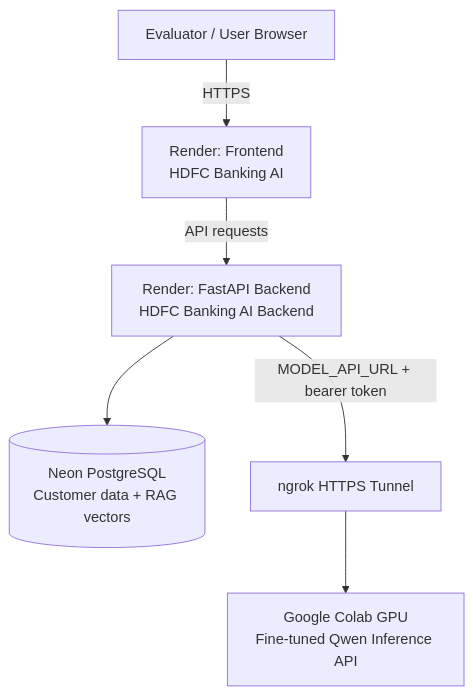
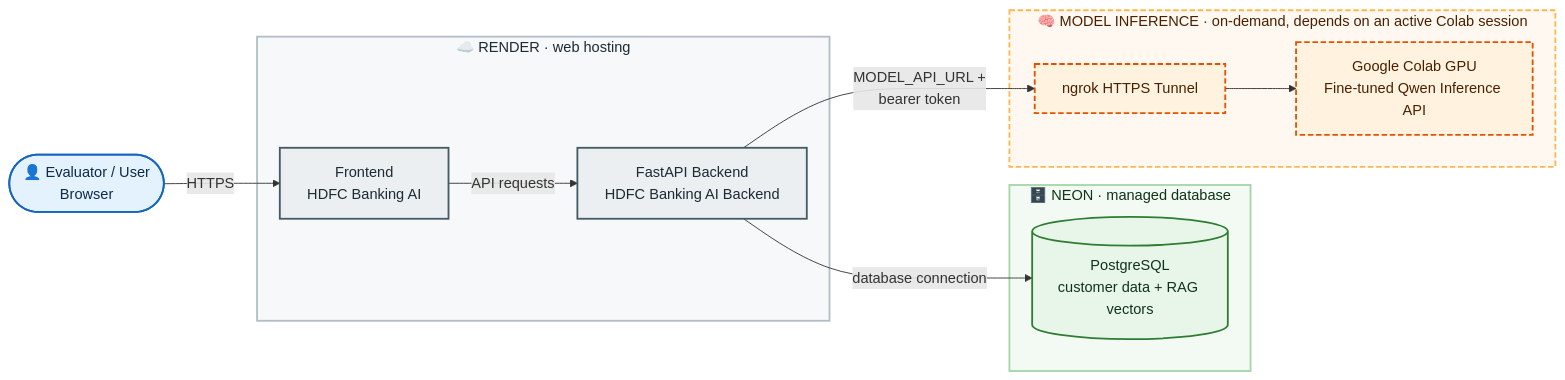
The fourth of 4 diagrams in README.md (preethipalanisamy12-source/hdfc-banking-ai), drawn with Mermaid before and after one commit. The commit also changed other lines of this file, not shown here.

Commit message:
Arch diagram changes

````diff
--- a/README.md
+++ b/README.md
@@ -175,14 +328,36 @@
 ```mermaid
-flowchart TB
-    USER[Evaluator / User Browser]
-    FE[Render: Frontend<br/>HDFC Banking AI]
-    BE[Render: FastAPI Backend<br/>HDFC Banking AI Backend]
-    DB[(Neon PostgreSQL<br/>Customer data + RAG vectors)]
-    NG[ngrok HTTPS Tunnel]
-    COLAB[Google Colab GPU<br/>Fine-tuned Qwen Inference API]
-    USER -->|HTTPS| FE
-    FE -->|API requests| BE
-    BE --> DB
-    BE -->|MODEL_API_URL + bearer token| NG
+flowchart LR
+    USER(["👤 Evaluator / User<br/>Browser"])
+
+    subgraph RENDER["☁️ RENDER · web hosting"]
+        FE["Frontend<br/>HDFC Banking AI"]
+        BE["FastAPI Backend<br/>HDFC Banking AI Backend"]
+    end
+
+    subgraph NEON["🗄️ NEON · managed database"]
+        DB[("PostgreSQL<br/>customer data + RAG vectors")]
+    end
+
+    subgraph COLAB_ZONE["🧠 MODEL INFERENCE · on-demand, depends on an active Colab session"]
+        NG["ngrok HTTPS Tunnel"]
+        COLAB["Google Colab GPU<br/>Fine-tuned Qwen Inference API"]
+    end
+
+    USER -->|"HTTPS"| FE
+    FE -->|"API requests"| BE
+    BE -->|"database connection"| DB
+    BE -->|"MODEL_API_URL +<br/>bearer token"| NG
     NG --> COLAB
+
+    classDef client fill:#E3F2FD,stroke:#1565C0,stroke-width:2px,color:#0D2A4A
+    classDef svc fill:#ECEFF1,stroke:#455A64,stroke-width:2px,color:#1C2A33
+    classDef data fill:#E8F5E9,stroke:#2E7D32,stroke-width:2px,color:#10331A
+    classDef ondemand fill:#FFF3E0,stroke:#E65100,stroke-width:2px,stroke-dasharray:6 3,color:#4A2000
+    class USER client
+    class FE,BE svc
+    class DB data
+    class NG,COLAB ondemand
+    style RENDER fill:#F6F8F9,stroke:#B0BEC5,stroke-width:2px,color:#1C2A33
+    style NEON fill:#F3FAF4,stroke:#A5D6A7,stroke-width:2px,color:#10331A
+    style COLAB_ZONE fill:#FFF8F0,stroke:#FFB74D,stroke-width:2px,stroke-dasharray:6 3,color:#4A2000
 ```
````
